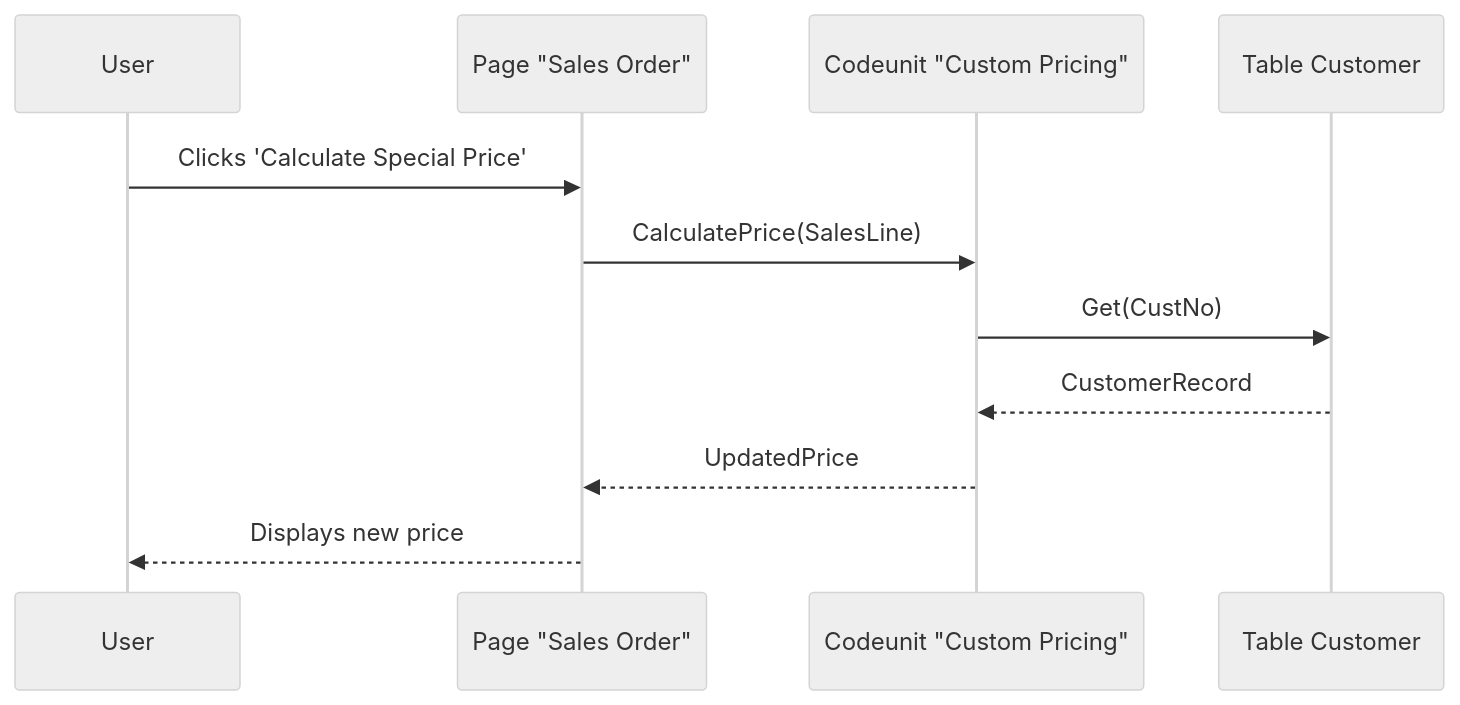
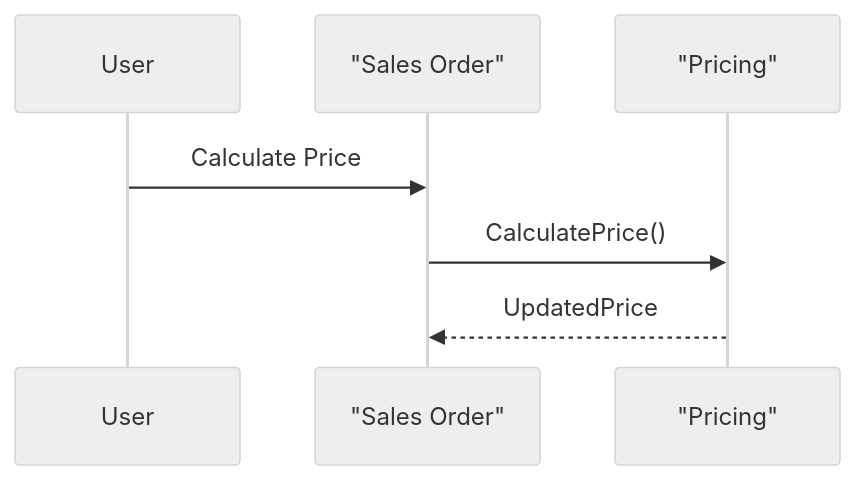
The third of 3 diagrams in GitHub-Copilot-Prompt-for-In-Depth-AL-Project-Analysis.md (FBakkensen/PersonalPrompts), drawn with Mermaid (neutral theme) before and after one commit. The commit also changed other lines of this file, not shown here.

````diff
--- a/GitHub-Copilot-Prompt-for-In-Depth-AL-Project-Analysis.md
+++ b/GitHub-Copilot-Prompt-for-In-Depth-AL-Project-Analysis.md
@@ -131,14 +75,9 @@
-        ```mermaid
-        sequenceDiagram
-            participant User
-            participant SalesOrderPage as Page "Sales Order"
-            participant PricingCodeunit as Codeunit "Custom Pricing"
-            participant CustomerTable as Table Customer
-
-            User->>SalesOrderPage: Clicks 'Calculate Special Price'
-            SalesOrderPage->>PricingCodeunit: CalculatePrice(SalesLine)
-            PricingCodeunit->>CustomerTable: Get(CustNo)
-            CustomerTable-->>PricingCodeunit: CustomerRecord
-            PricingCodeunit-->>SalesOrderPage: UpdatedPrice
-            SalesOrderPage-->>User: Displays new price
-        ```
+```mermaid
+sequenceDiagram
+    participant User
+    participant Page as "Sales Order"
+    participant Codeunit as "Pricing"
+    User->>Page: Calculate Price
+    Page->>Codeunit: CalculatePrice()
+    Codeunit-->>Page: UpdatedPrice
+```
````
